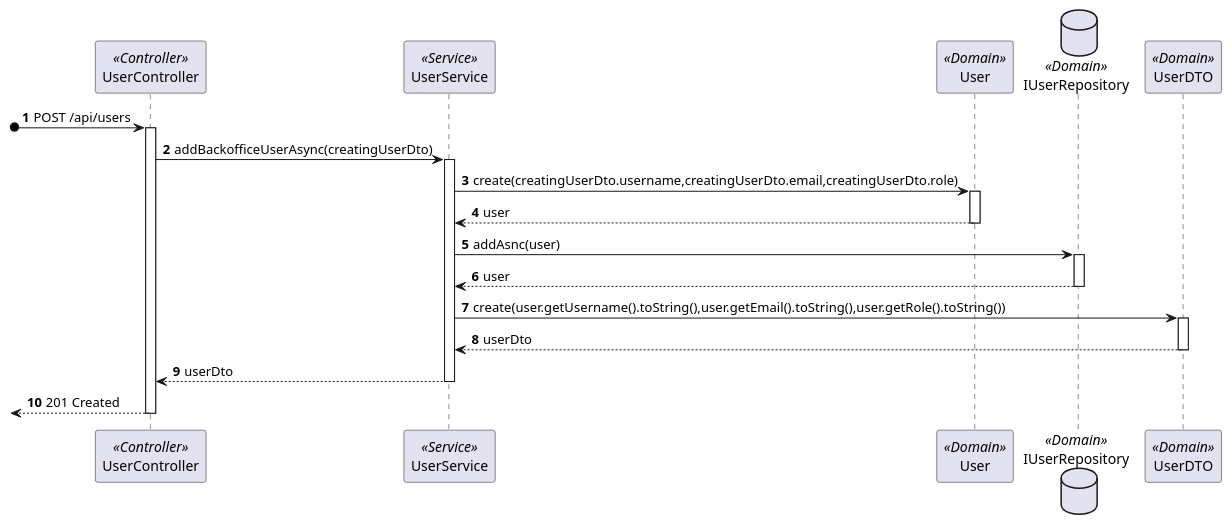
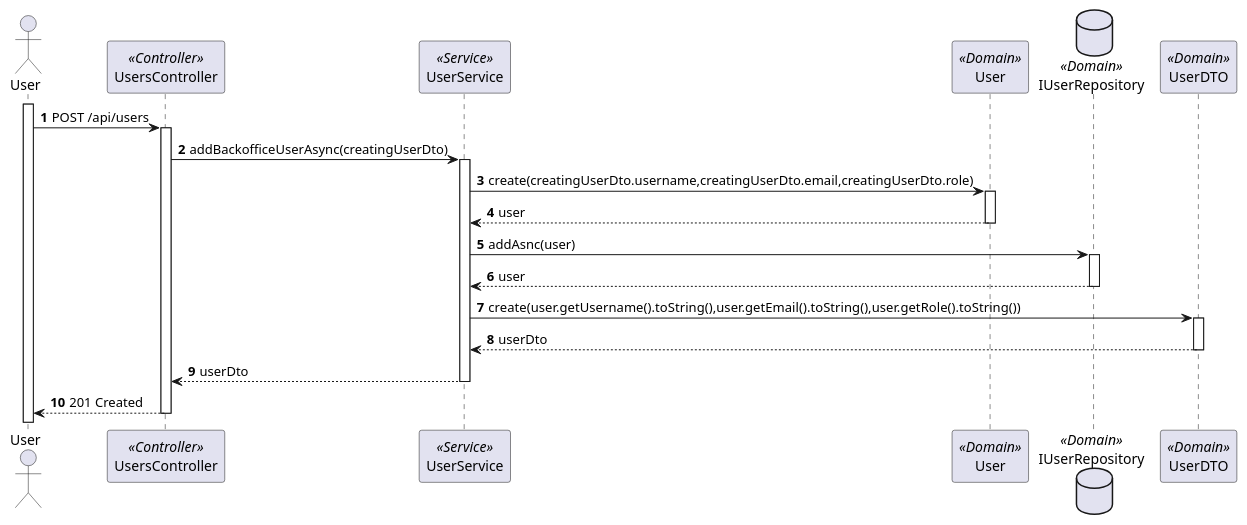
The diagram in docs/sprint-a/us-5.1.1/views/level3/process-view.puml (1220846/sem5pi-24-25-3ddg20), drawn with PlantUML before and after one commit. The commit also changed 2 other files, not shown here.

```diff
--- a/docs/sprint-a/us-5.1.1/views/level3/process-view.puml
+++ b/docs/sprint-a/us-5.1.1/views/level3/process-view.puml
@@ -1,62 +1,65 @@
 @startuml level3
 
 autonumber
 
-participant "UserController" as Controller <<Controller>>
+actor "User" as UserP
+participant "UsersController" as Controller <<Controller>>
 participant "UserService" as Service <<Service>>
 participant "User" as User <<Domain>>
 database "IUserRepository" as UserRepository <<Domain>>
 participant "UserDTO" as UserDto <<Domain>>
 
-?o->Controller:POST /api/users
+activate UserP
+    UserP->Controller:POST /api/users
+
 activate Controller
 
     Controller->Service:addBackofficeUserAsync(creatingUserDto)
     activate Service
 
         /'Service->UserRepository:getUserByEmail(user.email)
         activate UserRepository
 
             UserRepository --> Service:user
         deactivate UserRepository
 
         Service -> SendNotification: senNotificationUser(user.email)
         activate SendNotification
 
             SendNotification --> Service:EmailSended
         deactivate SendNotification
         
         alt NotificationAccepted then
 
         Service->User:setRole(user)
         activate User
         
             User-->Service:user
         deactivate User
         '/
 
         Service -> User:create(creatingUserDto.username,creatingUserDto.email,creatingUserDto.role)
         activate User
 
             User-->Service:user
         deactivate User
         Service->UserRepository:addAsnc(user)
         activate UserRepository
 
             UserRepository-->Service:user
         deactivate UserRepository
 
         Service->UserDto:create(user.getUsername().toString(),user.getEmail().toString(),user.getRole().toString())
         activate UserDto
 
             UserDto-->Service:userDto
         deactivate UserDto
 
 
         Service --> Controller:userDto
     deactivate Service
 
-    <--Controller:201 Created
+    UserP<--Controller:201 Created
 deactivate Controller
 
 @enduml
```
